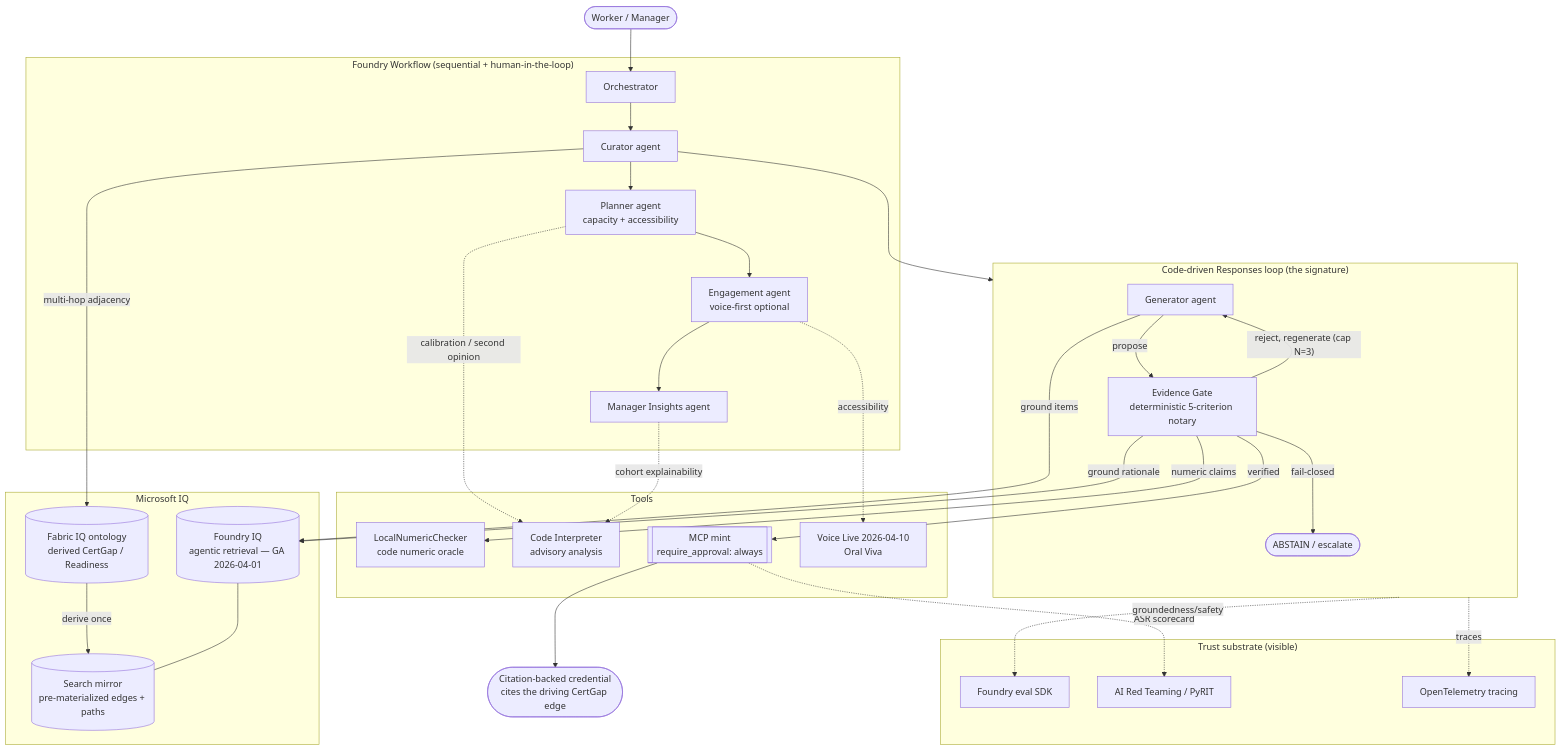
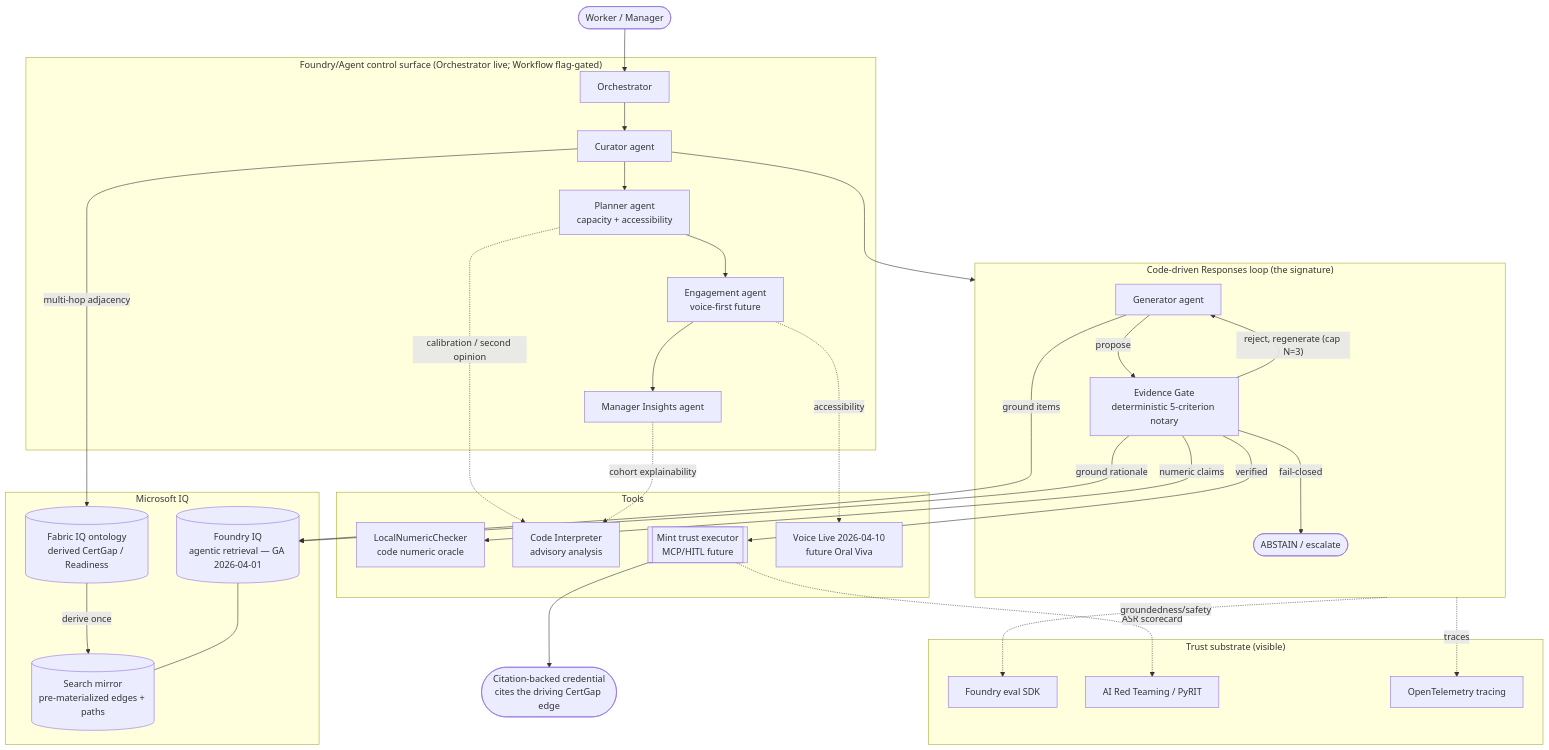
Before and after one commit to semswitch/PathForward: the diagram in ARCHITECTURE.md, drawn with Mermaid. The commit also changed other lines of this file, not shown here.

Commit message:
docs: clarify architecture proof status

````diff
--- a/ARCHITECTURE.md
+++ b/ARCHITECTURE.md
@@ -9,58 +9,58 @@
 ```mermaid
 flowchart TB
     user([Worker / Manager]) --> orch
 
-    subgraph WF["Foundry Workflow (sequential + human-in-the-loop)"]
+    subgraph WF["Foundry/Agent control surface (Orchestrator live; Workflow flag-gated)"]
         orch[Orchestrator]
         curator[Curator agent]
         planner[Planner agent\ncapacity + accessibility]
-        engage[Engagement agent\nvoice-first optional]
+        engage[Engagement agent\nvoice-first future]
         insights[Manager Insights agent]
     end
 
     subgraph LOOP["Code-driven Responses loop (the signature)"]
         gen[Generator agent]
         ver[Evidence Gate\ndeterministic 5-criterion notary]
         gen -- propose --> ver
         ver -- reject, regenerate (cap N=3) --> gen
         ver -- fail-closed --> abstain([ABSTAIN / escalate])
     end
 
     curator --> LOOP
     orch --> curator --> planner --> engage --> insights
 
     subgraph IQ["Microsoft IQ"]
         fabric[(Fabric IQ ontology\nderived CertGap / Readiness)]
         foundryiq[(Foundry IQ\nagentic retrieval — GA 2026-04-01)]
         mirror[(Search mirror\npre-materialized edges + paths)]
     end
 
     curator -- multi-hop adjacency --> fabric
     fabric -- derive once --> mirror
     gen -- ground items --> foundryiq
     ver -- ground rationale --> foundryiq
     foundryiq --- mirror
 
     subgraph TOOLS["Tools"]
         num[LocalNumericChecker\ncode numeric oracle]
         code[Code Interpreter\nadvisory analysis]
-        mint[[MCP mint\nrequire_approval: always]]
-        voice[Voice Live 2026-04-10\nOral Viva]
+        mint[[Mint trust executor\nMCP/HITL future]]
+        voice[Voice Live 2026-04-10\nfuture Oral Viva]
     end
 
     ver -- numeric claims --> num
     planner -. calibration / second opinion .-> code
     insights -. cohort explainability .-> code
     ver -- verified --> mint
     mint --> cred([Citation-backed credential\ncites the driving CertGap edge])
     engage -. accessibility .-> voice
 
     subgraph OBS["Trust substrate (visible)"]
         evals[Foundry eval SDK]
         redteam[AI Red Teaming / PyRIT]
         otel[OpenTelemetry tracing]
     end
     LOOP -. traces .-> otel
     LOOP -. groundedness/safety .-> evals
     mint -. ASR scorecard .-> redteam
 ```
````
